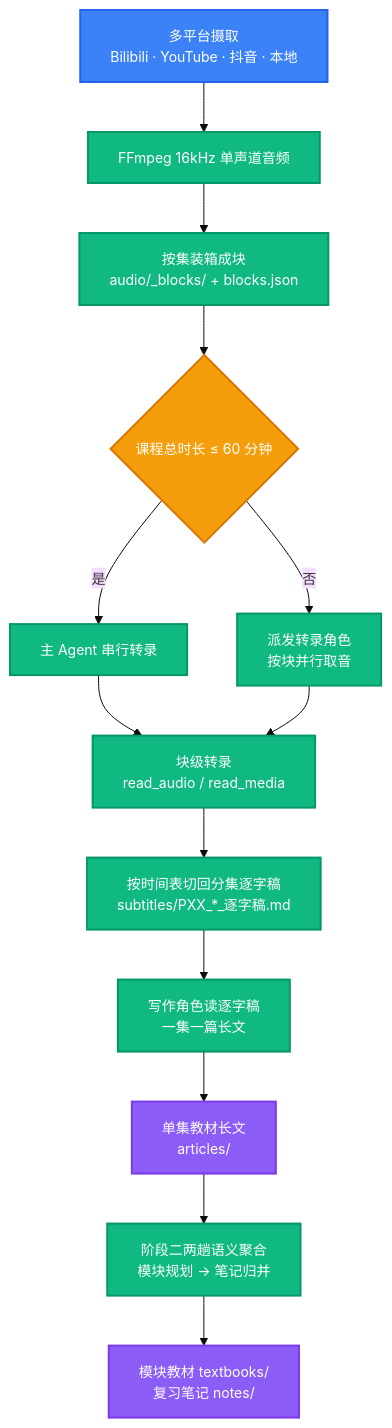
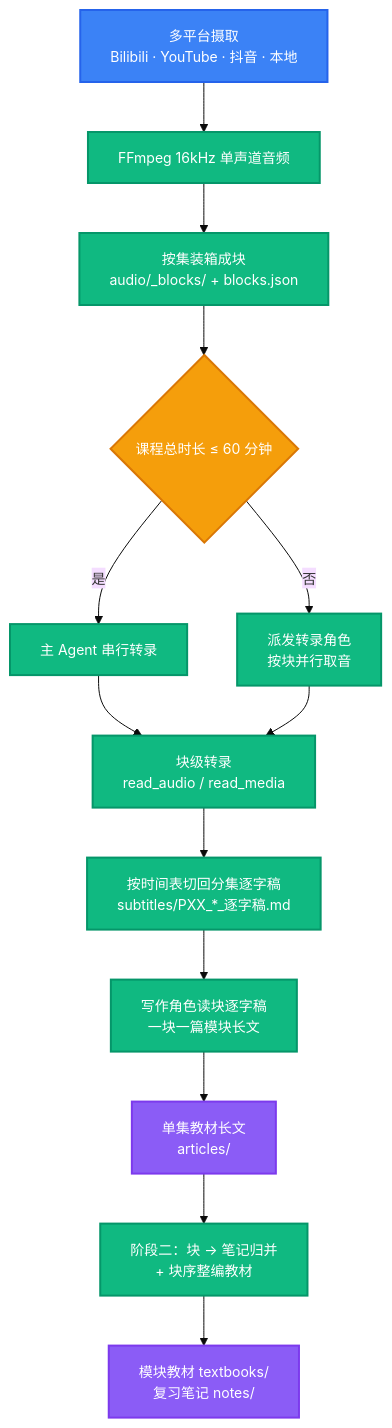
One commit to LINJIANG12/video2book changed the diagram in README.md. Above: the diagram before and after it, drawn with Mermaid. The commit also changed other lines of this file and 25 other files, not shown here.

````diff
--- a/README.md
+++ b/README.md
@@ -166,26 +166,26 @@
 ```mermaid
 %%{init: {'theme': 'base', 'themeVariables': {'fontSize': '14px'}}}%%
 flowchart TD
     A[多平台摄取<br/>Bilibili · YouTube · 抖音 · 本地] --> B[FFmpeg 16kHz 单声道音频]
     B --> M[按集装箱成块<br/>audio/_blocks/ + blocks.json]
     M --> C{课程总时长 ≤ 60 分钟}
     C -->|是| D[主 Agent 串行转录]
     C -->|否| E[派发转录角色<br/>按块并行取音]
     D --> F[块级转录<br/>read_audio / read_media]
     E --> F
     F --> S[按时间表切回分集逐字稿<br/>subtitles/PXX_*_逐字稿.md]
-    S --> W[写作角色读逐字稿<br/>一集一篇长文]
+    S --> W[写作角色读块逐字稿<br/>一块一篇模块长文]
     W --> G[单集教材长文<br/>articles/]
-    G --> H[阶段二两趟语义聚合<br/>模块规划 → 笔记归并]
+    G --> H[阶段二：块 → 笔记归并<br/>+ 块序整编教材]
     H --> I[模块教材 textbooks/<br/>复习笔记 notes/]
 
     classDef start fill:#3B82F6,stroke:#2563EB,color:#fff,stroke-width:2px
     classDef process fill:#10B981,stroke:#059669,color:#fff,stroke-width:2px
     classDef decision fill:#F59E0B,stroke:#D97706,color:#fff,stroke-width:2px
     classDef data fill:#8B5CF6,stroke:#7C3AED,color:#fff,stroke-width:2px
 
     class A start
     class B,M,D,E,F,S,W,H process
     class C decision
     class G,I data
 ```
````
